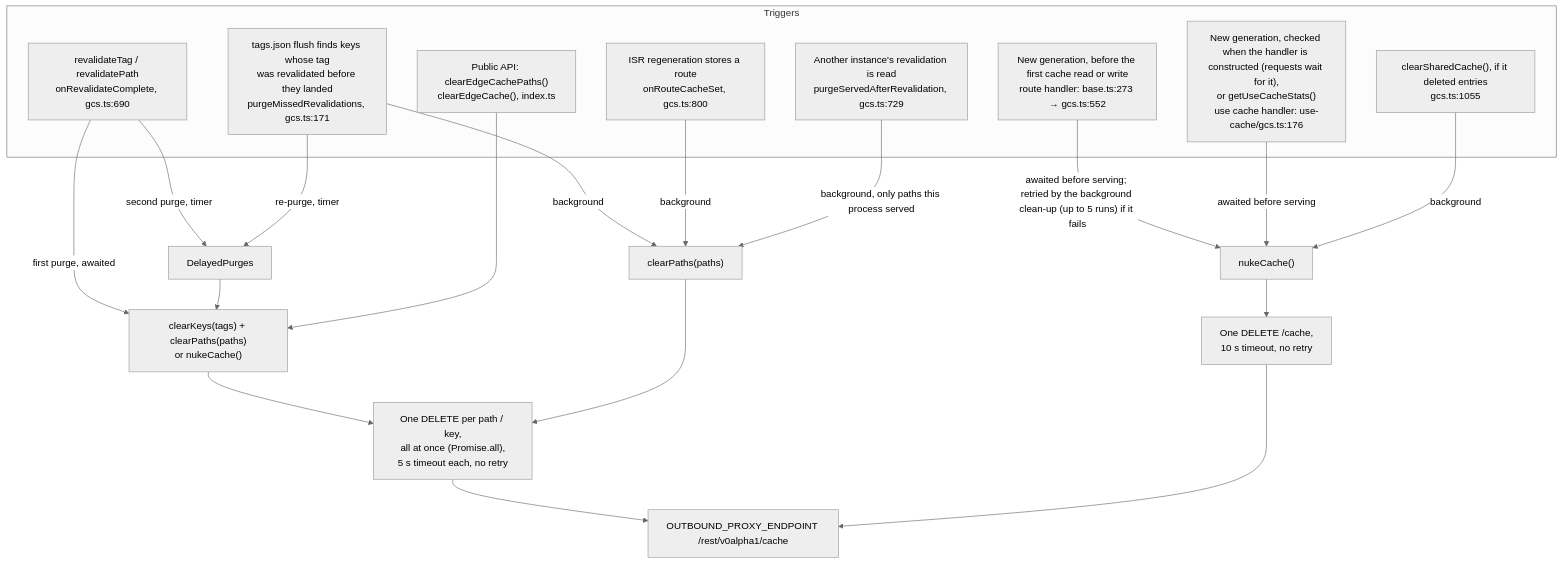
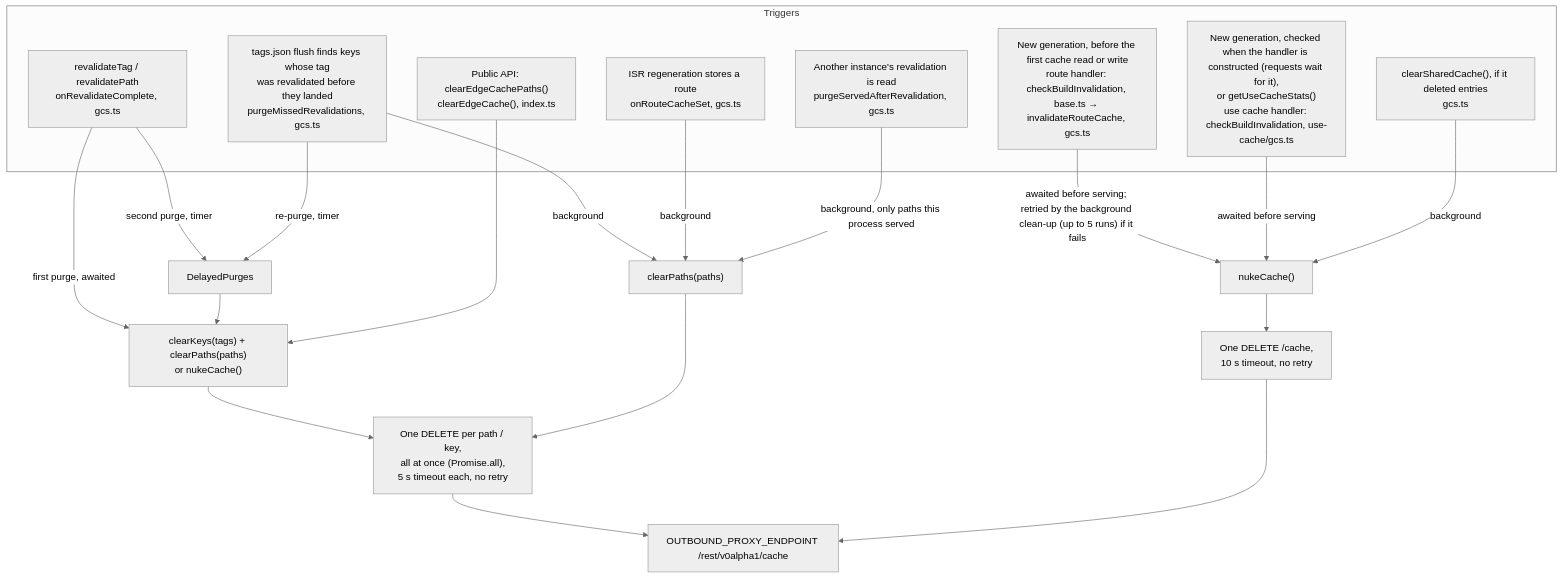
One commit to pantheon-systems/nextjs-cache-handler changed the fourth of 5 diagrams in ARCHITECTURE.md. Above: the diagram before and after it, drawn with Mermaid (neutral theme). The commit also changed other lines of this file and 8 other files, not shown here.

````diff
--- a/ARCHITECTURE.md
+++ b/ARCHITECTURE.md
@@ -212,31 +212,31 @@
 ```mermaid
 flowchart TB
   subgraph triggers["Triggers"]
-    t1["revalidateTag / revalidatePath<br/>onRevalidateComplete, gcs.ts:690"]
-    t2["ISR regeneration stores a route<br/>onRouteCacheSet, gcs.ts:800"]
-    t3["tags.json flush finds keys whose tag<br/>was revalidated before they landed<br/>purgeMissedRevalidations, gcs.ts:171"]
-    t4["New generation, before the first cache read or write<br/>route handler: base.ts:273 → gcs.ts:552"]
-    t5["New generation, checked when the handler is constructed (requests wait for it),<br/>or getUseCacheStats()<br/>use cache handler: use-cache/gcs.ts:176"]
-    t6["clearSharedCache(), if it deleted entries<br/>gcs.ts:1055"]
-    t8["Another instance's revalidation is read<br/>purgeServedAfterRevalidation, gcs.ts:729"]
+    t1["revalidateTag / revalidatePath<br/>onRevalidateComplete, gcs.ts"]
+    t2["ISR regeneration stores a route<br/>onRouteCacheSet, gcs.ts"]
+    t3["tags.json flush finds keys whose tag<br/>was revalidated before they landed<br/>purgeMissedRevalidations, gcs.ts"]
+    t4["New generation, before the first cache read or write<br/>route handler: checkBuildInvalidation, base.ts → invalidateRouteCache, gcs.ts"]
+    t5["New generation, checked when the handler is constructed (requests wait for it),<br/>or getUseCacheStats()<br/>use cache handler: checkBuildInvalidation, use-cache/gcs.ts"]
+    t6["clearSharedCache(), if it deleted entries<br/>gcs.ts"]
+    t8["Another instance's revalidation is read<br/>purgeServedAfterRevalidation, gcs.ts"]
     t7["Public API: clearEdgeCachePaths()<br/>clearEdgeCache(), index.ts"]
   end
 
   t1 -- "first purge, awaited" --> keysPaths["clearKeys(tags) + clearPaths(paths)<br/>or nukeCache()"]
   t1 -- "second purge, timer" --> dp[DelayedPurges]
   t3 -- "background" --> paths1["clearPaths(paths)"]
   t3 -- "re-purge, timer" --> dp
   dp --> keysPaths
   t2 -- "background" --> paths1
   t4 -- "awaited before serving; retried by the background clean-up (up to 5 runs) if it fails" --> nuke["nukeCache()"]
   t5 -- "awaited before serving" --> nuke
   t6 -- "background" --> nuke
   t7 --> keysPaths
   t8 -- "background, only paths this process served" --> paths1
 
   keysPaths --> fan["One DELETE per path / key,<br/>all at once (Promise.all),<br/>5 s timeout each, no retry"]
   paths1 --> fan
   nuke --> one["One DELETE /cache,<br/>10 s timeout, no retry"]
   fan --> proxy[OUTBOUND_PROXY_ENDPOINT /rest/v0alpha1/cache]
   one --> proxy
 ```
````
